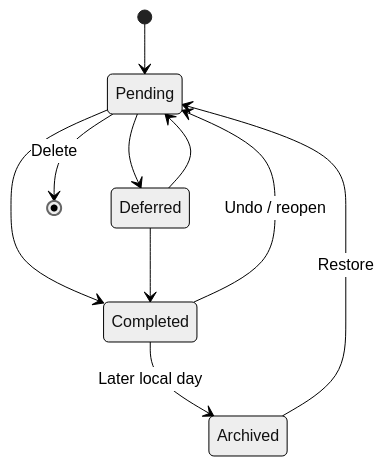
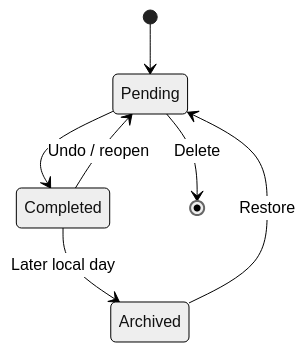
One commit to varunjakkampudi-tech/daily-checklist changed the second of 2 diagrams in docs/architecture.md. Above: the diagram before and after it, drawn with Mermaid (neutral theme). The commit also changed other lines of this file, not shown here.

Commit message:
docs: align architecture with three-tab lifecycle

````diff
--- a/docs/architecture.md
+++ b/docs/architecture.md
@@ -27,12 +27,9 @@
 ```mermaid
 stateDiagram-v2
  [*] --> Pending
- Pending --> Deferred
- Deferred --> Pending
  Pending --> Completed
- Deferred --> Completed
  Completed --> Pending: Undo / reopen
  Completed --> Archived: Later local day
  Archived --> Pending: Restore
  Pending --> [*]: Delete
 ```
````
